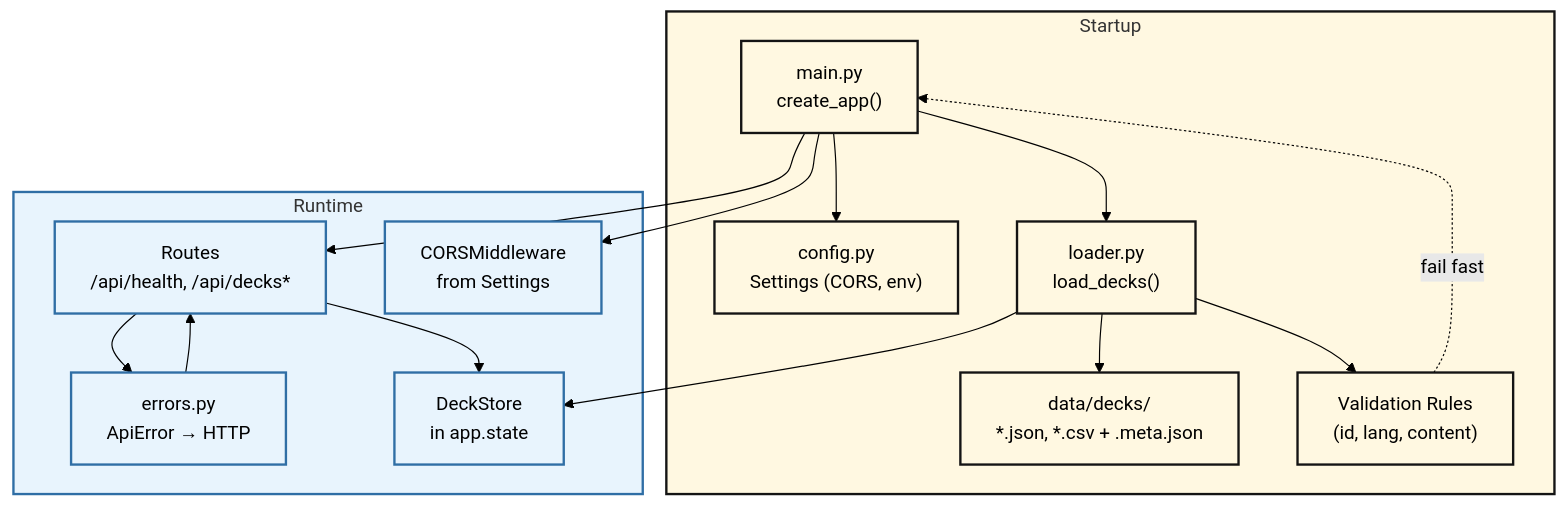
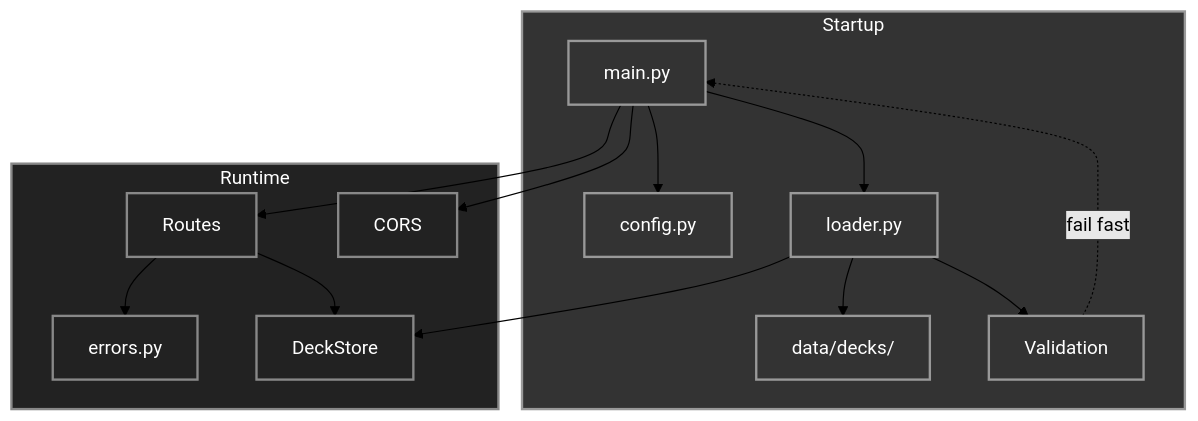
One commit to PIYUSH-NEXTGEN/Vocab-Deck changed the fourth of 4 diagrams in README.md. Above: the diagram before and after it, drawn with Mermaid (forest theme). The commit also changed other lines of this file, not shown here.

Commit message:
docs: shorten architecture diagrams, use dark theme colors

````diff
--- a/README.md
+++ b/README.md
@@ -184,34 +181,33 @@
 ```mermaid
 flowchart TB
     subgraph Startup["Startup"]
-        Main["main.py\ncreate_app()"]
-        Config["config.py\nSettings (CORS, env)"]
-        Loader["loader.py\nload_decks()"]
-        DecksDir["data/decks/\n*.json, *.csv + .meta.json"]
-        Validation["Validation Rules\n(id, lang, content)"]
+        Main["main.py"]
+        Config["config.py"]
+        Loader["loader.py"]
+        DecksDir["data/decks/"]
+        Validation["Validation"]
     end
 
     subgraph Runtime["Runtime"]
-        Routes["Routes\n/api/health, /api/decks*"]
-        Errors["errors.py\nApiError → HTTP"]
-        CORS["CORSMiddleware\nfrom Settings"]
-        Store["DeckStore\nin app.state"]
+        Routes["Routes"]
+        Errors["errors.py"]
+        CORS["CORS"]
+        Store["DeckStore"]
     end
 
     Main --> Config
     Main --> Loader
     Loader --> DecksDir
     Loader --> Validation
     Validation -.->|fail fast| Main
     Loader --> Store
     Main --> CORS
     Main --> Routes
     Routes --> Store
     Routes --> Errors
-    Errors --> Routes
 
-    classDef startup fill:#fff8e1,stroke:#141414,stroke-width:2px;
-    classDef runtime fill:#e8f4fd,stroke:#2f6ea5,stroke-width:2px;
+    classDef startup fill:#333,stroke:#999,stroke-width:2px,color:#fff;
+    classDef runtime fill:#222,stroke:#888,stroke-width:2px,color:#fff;
     class Startup,Main,Config,Loader,DecksDir,Validation startup;
     class Runtime,Routes,Errors,CORS,Store runtime;
 ```
````
